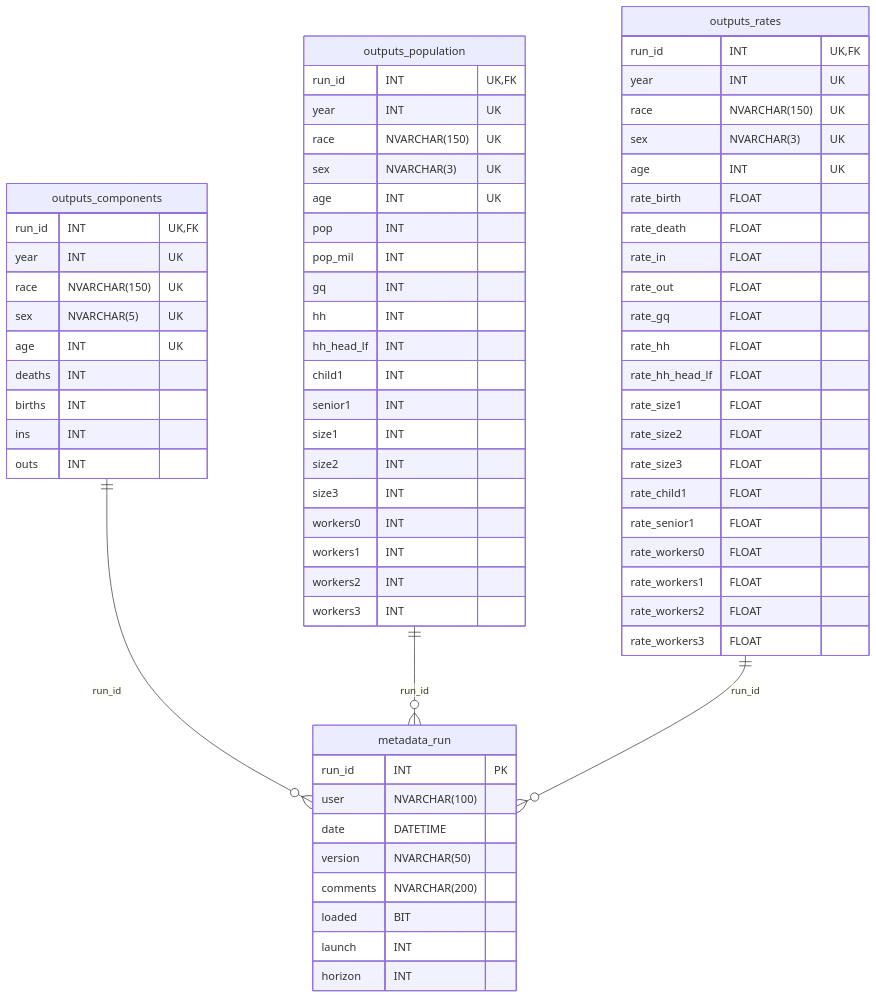
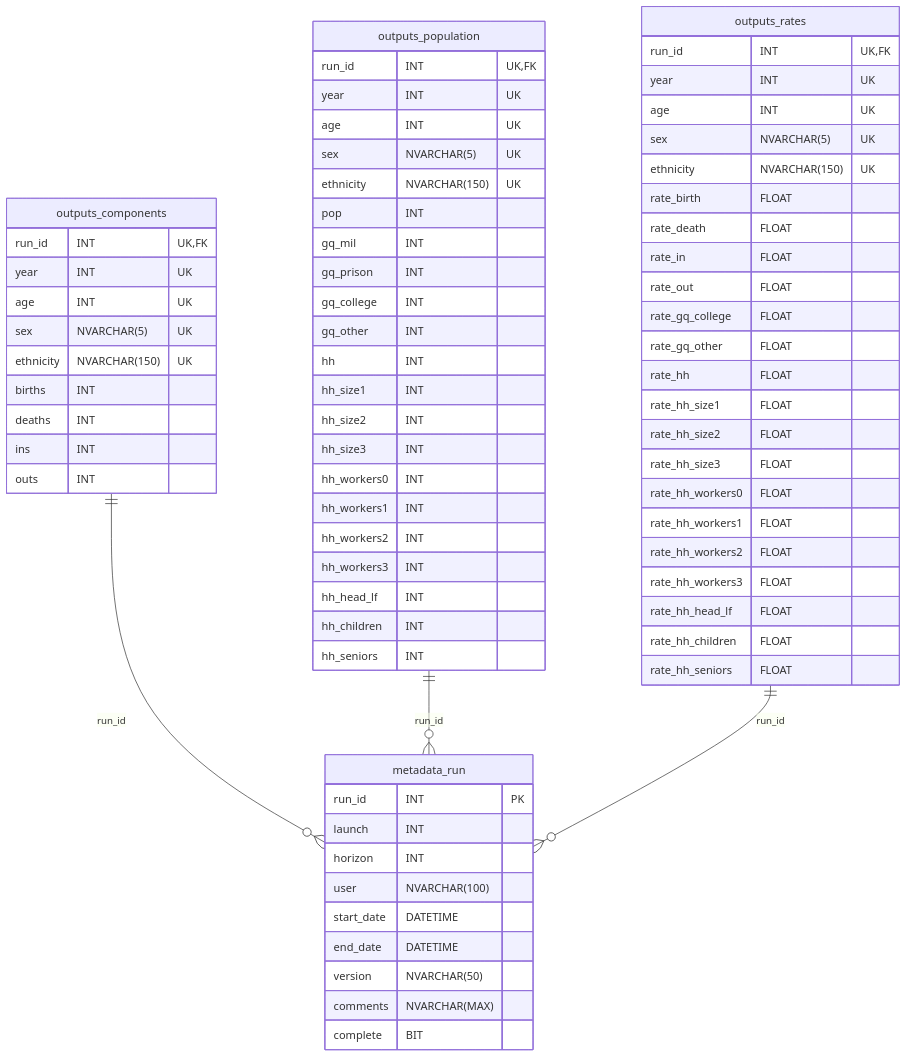
The diagram in README.md (SANDAG/Cohort-Component-Model), drawn with Mermaid before and after one commit. The commit also changed other lines of this file and 3 other files, not shown here.

````diff
--- a/README.md
+++ b/README.md
@@ -82,77 +83,81 @@
 ```mermaid
 erDiagram
 direction TB
 
     metadata_run {
         run_id INT PK
-        user NVARCHAR(100)
-        date DATETIME
-        version NVARCHAR(50)
-        comments NVARCHAR(200)
-        loaded BIT
         launch INT
         horizon INT
+        user NVARCHAR(100)
+        start_date DATETIME
+        end_date DATETIME
+        version NVARCHAR(50)
+        comments NVARCHAR(MAX)
+        complete BIT
     }
 
     outputs_components {
         run_id INT UK, FK
         year INT UK
-        race NVARCHAR(150) UK
+        age INT UK
         sex NVARCHAR(5) UK
-        age INT UK
+        ethnicity NVARCHAR(150) UK
+        births INT
         deaths INT
-        births INT
         ins INT
         outs INT
     }
 
     outputs_population {
         run_id INT UK, FK
         year INT UK
-        race NVARCHAR(150) UK
-        sex NVARCHAR(3) UK
         age INT UK
+        sex NVARCHAR(5) UK
+        ethnicity NVARCHAR(150) UK
         pop INT
-        pop_mil INT
-        gq INT
+        gq_mil INT
+        gq_prison INT
+        gq_college INT
+        gq_other INT
         hh INT
+        hh_size1 INT
+        hh_size2 INT
+        hh_size3 INT
+        hh_workers0 INT
+        hh_workers1 INT
+        hh_workers2 INT
+        hh_workers3 INT
         hh_head_lf INT
-        child1 INT
-        senior1 INT
-        size1 INT
-        size2 INT
-        size3 INT
-        workers0 INT
-        workers1 INT
-        workers2 INT
-        workers3 INT
+        hh_children INT
+        hh_seniors INT
     }
     
     outputs_rates {
         run_id INT UK, FK
         year INT UK
-        race NVARCHAR(150) UK
-        sex NVARCHAR(3) UK
         age INT UK
+        sex NVARCHAR(5) UK
+        ethnicity NVARCHAR(150) UK
         rate_birth FLOAT
         rate_death FLOAT
         rate_in FLOAT
         rate_out FLOAT
-        rate_gq FLOAT
+        rate_gq_college FLOAT
+        rate_gq_other FLOAT
         rate_hh FLOAT
+        rate_hh_size1 FLOAT
+        rate_hh_size2 FLOAT
+        rate_hh_size3 FLOAT
+        rate_hh_workers0 FLOAT
+        rate_hh_workers1 FLOAT
+        rate_hh_workers2 FLOAT
+        rate_hh_workers3 FLOAT
         rate_hh_head_lf FLOAT
-        rate_size1 FLOAT
-        rate_size2 FLOAT
-        rate_size3 FLOAT
-        rate_child1 FLOAT
-        rate_senior1 FLOAT
-        rate_workers0 FLOAT
-        rate_workers1 FLOAT
-        rate_workers2 FLOAT
-        rate_workers3 FLOAT
+        rate_hh_children FLOAT
+        rate_hh_seniors FLOAT
     }
 
     outputs_components ||--o{ metadata_run : "run_id"
     outputs_population ||--o{ metadata_run : "run_id"
     outputs_rates ||--o{ metadata_run : "run_id"
 ```
````
